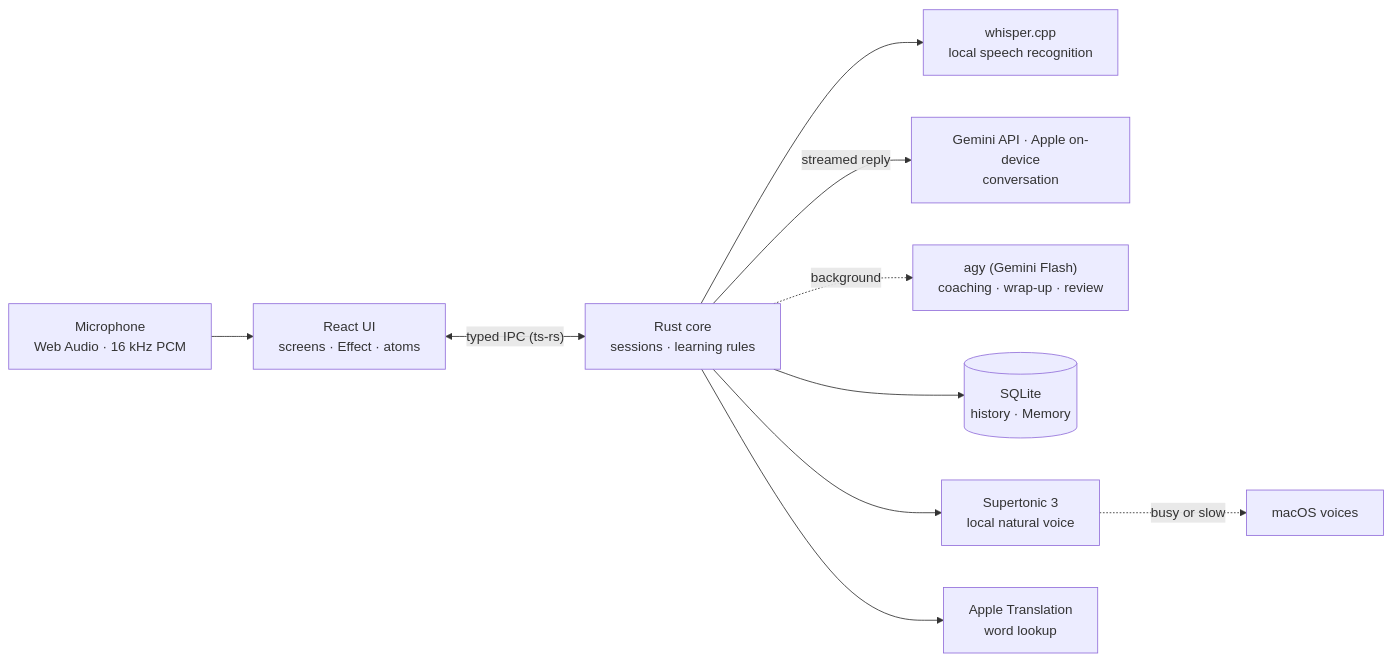
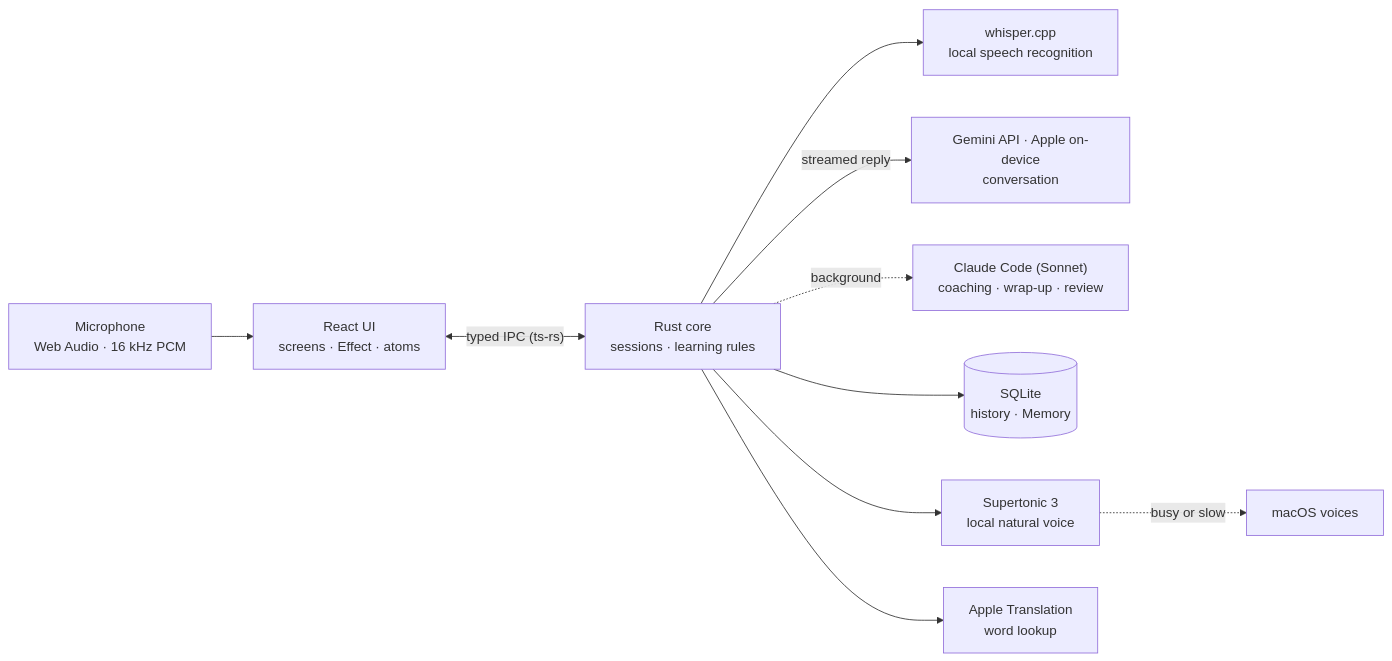
One commit to oleksii-latyshev/english-trainer changed the diagram in README.md. Above: the diagram before and after it, drawn with Mermaid. The commit also changed 44 other files, not shown here.

First line of the commit message:
feat(rust): Claude CLI as the background analysis provider (#197)

````diff
--- a/README.md
+++ b/README.md
@@ -29,12 +29,12 @@
 ```mermaid
 flowchart LR
   mic["Microphone<br/>Web Audio · 16 kHz PCM"] --> ui["React UI<br/>screens · Effect · atoms"]
   ui <-->|"typed IPC (ts-rs)"| core["Rust core<br/>sessions · learning rules"]
   core --> stt["whisper.cpp<br/>local speech recognition"]
   core -->|"streamed reply"| live["Gemini API · Apple on-device<br/>conversation"]
-  core -.->|"background"| bg["agy (Gemini Flash)<br/>coaching · wrap-up · review"]
+  core -.->|"background"| bg["Claude Code (Sonnet)<br/>coaching · wrap-up · review"]
   core --> db[("SQLite<br/>history · Memory")]
   core --> tts["Supertonic 3<br/>local natural voice"]
   core --> tr["Apple Translation<br/>word lookup"]
   tts -.->|"busy or slow"| sys["macOS voices"]
 ```
````
